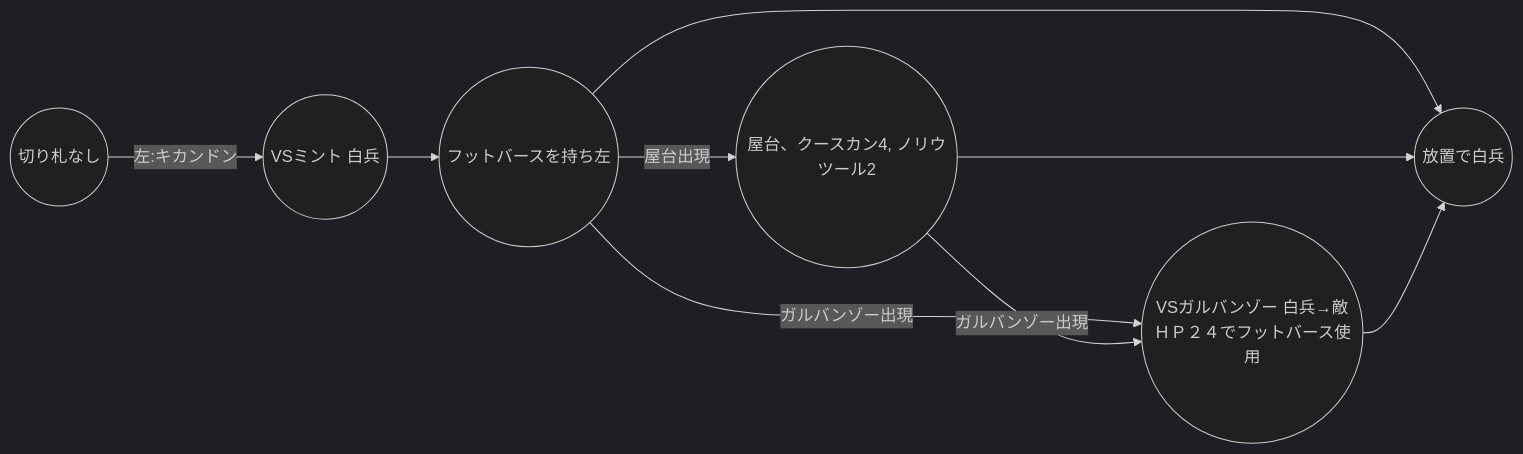
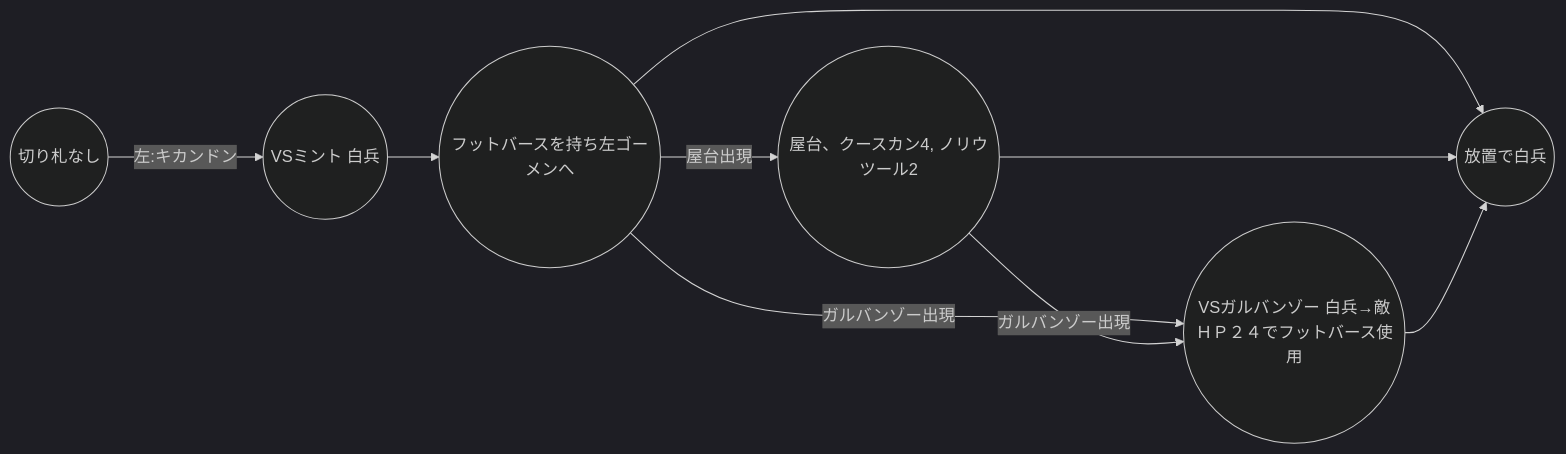
Before and after one commit to azumag/hanjuku-sfc-speedrun: the third of 3 diagrams in README.md, drawn with Mermaid (dark theme). The commit also changed other lines of this file, not shown here.

````diff
--- a/README.md
+++ b/README.md
@@ -16,11 +21,11 @@
 ```mermaid
 graph LR
 	A((切り札なし))--左:キカンドン-->B((VSミント 白兵))
-	B-->C((フットバースを持ち左))
+	B-->C((フットバースを持ち左ゴーメンへ))
 	C--屋台出現-->D((屋台、クースカン4, ノリウツール2))
 	C-->E((放置で白兵))
 	C--ガルバンゾー出現-->F((VSガルバンゾー 白兵→敵ＨＰ２４でフットバース使用))
 	D--ガルバンゾー出現-->F
 	D-->E
 	F-->E
 ```
````
